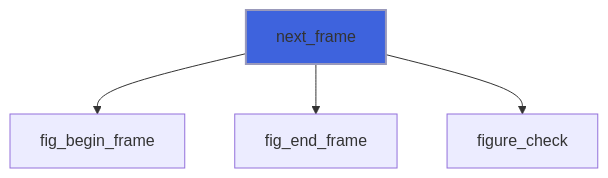
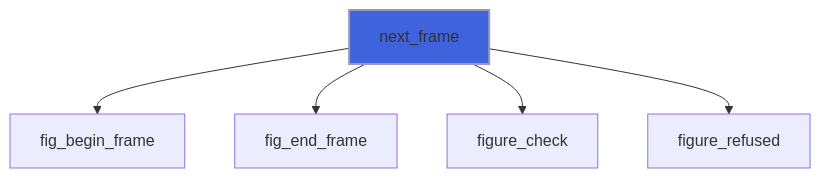
Before and after one commit to szaghi/figure: diagram 29 of 34 in docs/api/src/lib/figure_app.md, drawn with Mermaid. The commit also changed 13 other files, not shown here.

````diff
--- a/docs/api/src/lib/figure_app.md
+++ b/docs/api/src/lib/figure_app.md
@@ -946,7 +946,8 @@
 ```mermaid
 flowchart TD
   next_frame["next_frame"] --> fig_begin_frame["fig_begin_frame"]
   next_frame["next_frame"] --> fig_end_frame["fig_end_frame"]
   next_frame["next_frame"] --> figure_check["figure_check"]
+  next_frame["next_frame"] --> figure_refused["figure_refused"]
   style next_frame fill:#3e63dd,stroke:#99b,stroke-width:2px
 ```
````
